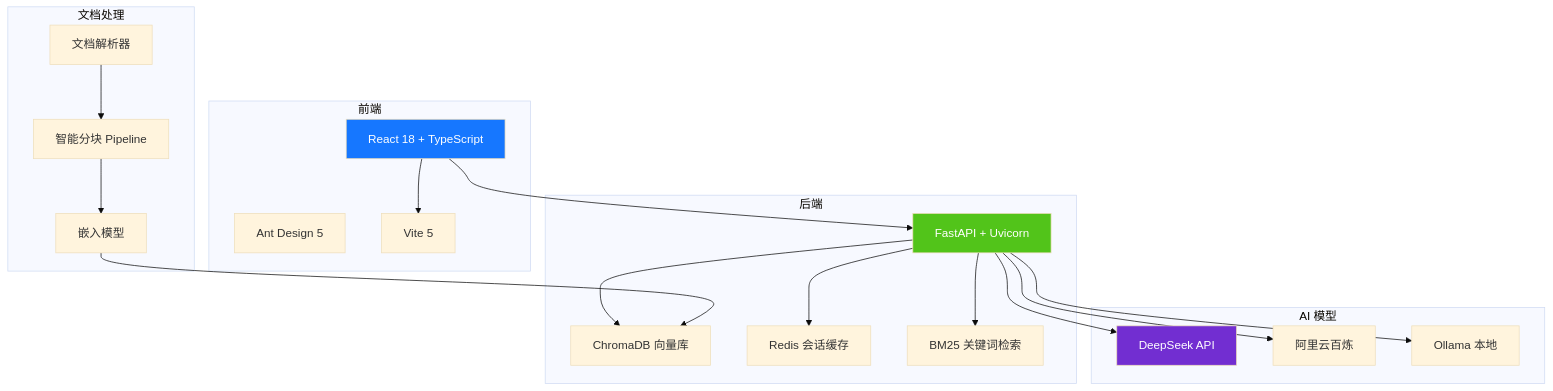
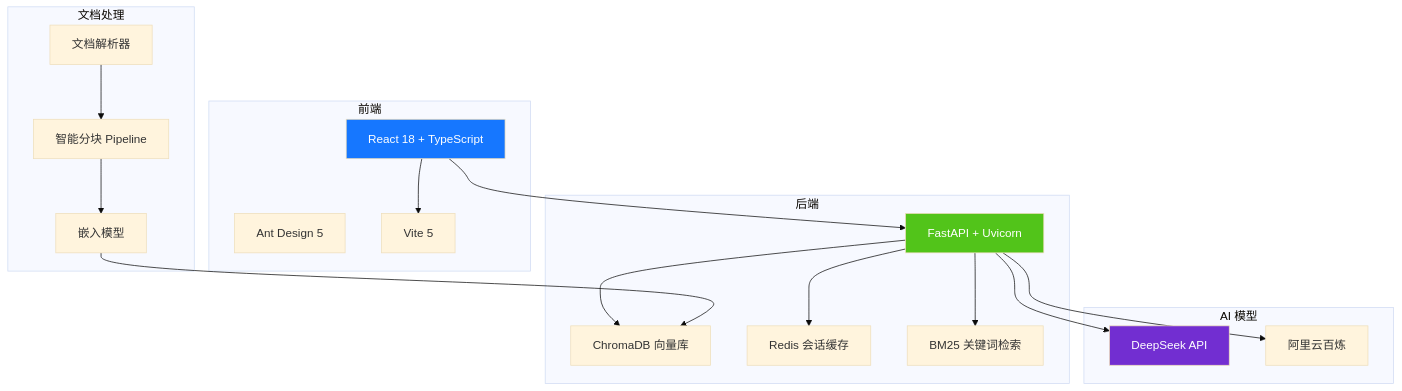
Before and after one commit to tuanzi188/KnowledgeMind: the first of 2 diagrams in README.md, drawn with Mermaid (base theme). The commit also changed other lines of this file and 10 other files, not shown here.

````diff
--- a/README.md
+++ b/README.md
@@ -41,43 +41,41 @@
 ```mermaid
 graph TB
     subgraph 前端
         A[React 18 + TypeScript]
         B[Ant Design 5]
         C[Vite 5]
     end
 
     subgraph 后端
         D[FastAPI + Uvicorn]
         E[ChromaDB 向量库]
         F[Redis 会话缓存]
         G[BM25 关键词检索]
     end
 
     subgraph AI 模型
         I[DeepSeek API]
         J[阿里云百炼]
-        K[Ollama 本地]
     end
 
     subgraph 文档处理
         L[文档解析器]
         M[智能分块 Pipeline]
         N[嵌入模型]
     end
 
     A --> C
     A --> D
     D --> E
     D --> F
     D --> G
     D --> I
     D --> J
-    D --> K
     L --> M
     M --> N
     N --> E
 
     style A fill:#1677ff,color:#fff
     style D fill:#52c41a,color:#fff
     style I fill:#722ed1,color:#fff
 ```
````
